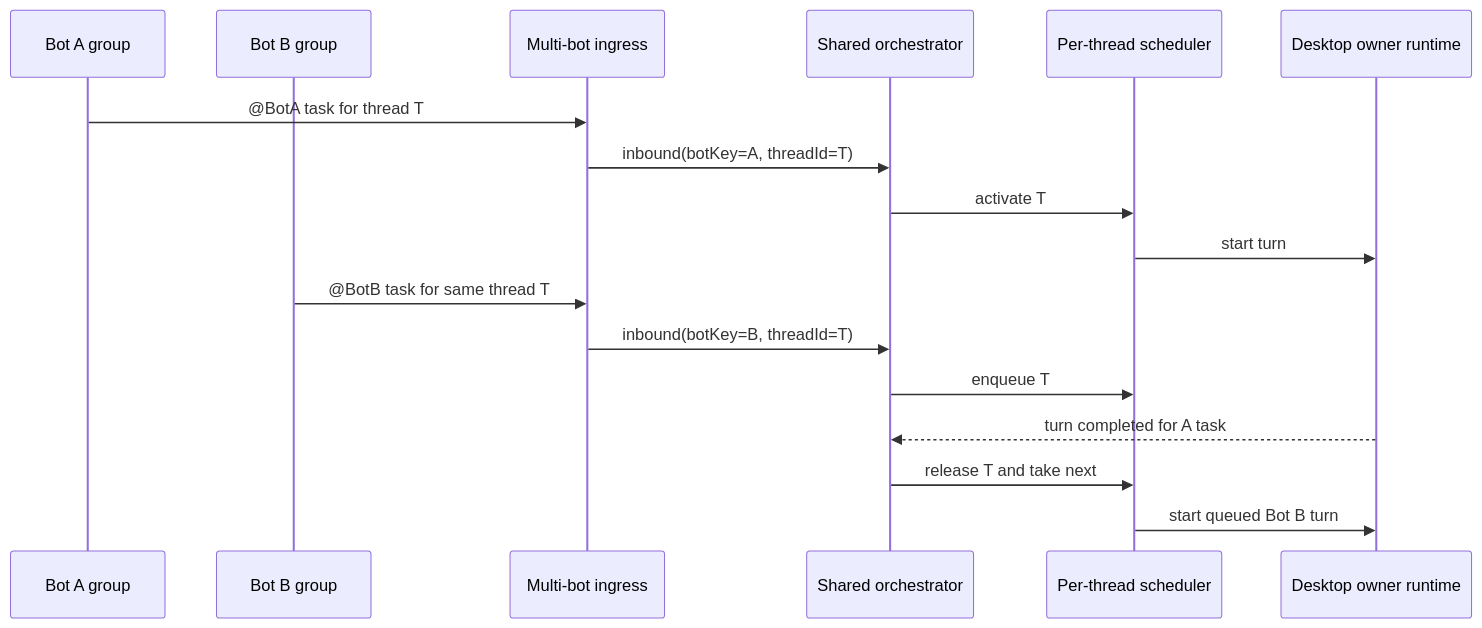
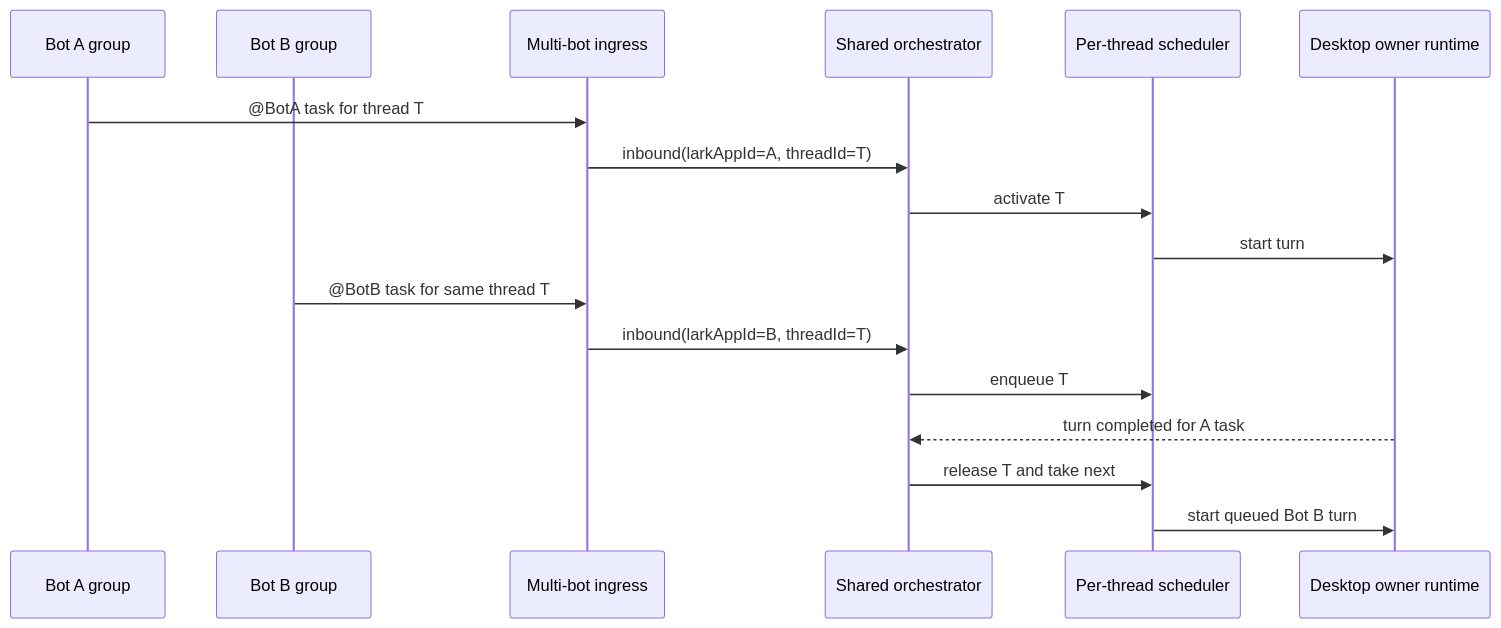
Before and after one commit to jylaxp/codex-feishu-bridge: the second of 2 diagrams in docs/plans/2026-07-27-001-feat-multi-lark-bot-bridge-plan.md, drawn with Mermaid. The commit also changed other lines of this file and 68 other files, not shown here.

````diff
--- a/docs/plans/2026-07-27-001-feat-multi-lark-bot-bridge-plan.md
+++ b/docs/plans/2026-07-27-001-feat-multi-lark-bot-bridge-plan.md
@@ -282,20 +287,20 @@
 ```mermaid
 sequenceDiagram
     participant A as Bot A group
     participant B as Bot B group
     participant I as Multi-bot ingress
     participant O as Shared orchestrator
     participant S as Per-thread scheduler
     participant D as Desktop owner runtime
 
     A->>I: @BotA task for thread T
-    I->>O: inbound(botKey=A, threadId=T)
+    I->>O: inbound(larkAppId=A, threadId=T)
     O->>S: activate T
     S->>D: start turn
     B->>I: @BotB task for same thread T
-    I->>O: inbound(botKey=B, threadId=T)
+    I->>O: inbound(larkAppId=B, threadId=T)
     O->>S: enqueue T
     D-->>O: turn completed for A task
     O->>S: release T and take next
     S->>D: start queued Bot B turn
 ```
````
